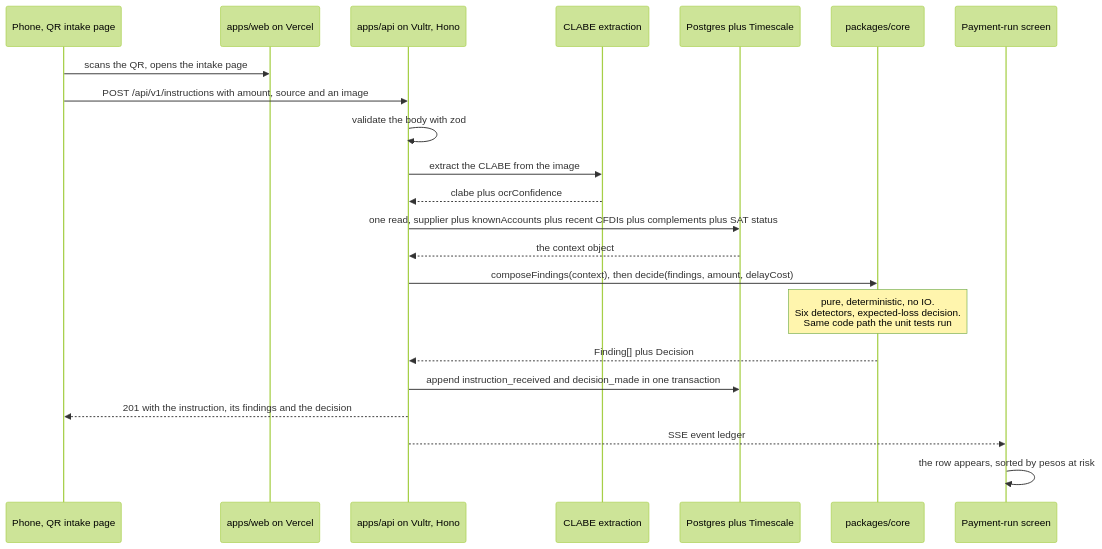
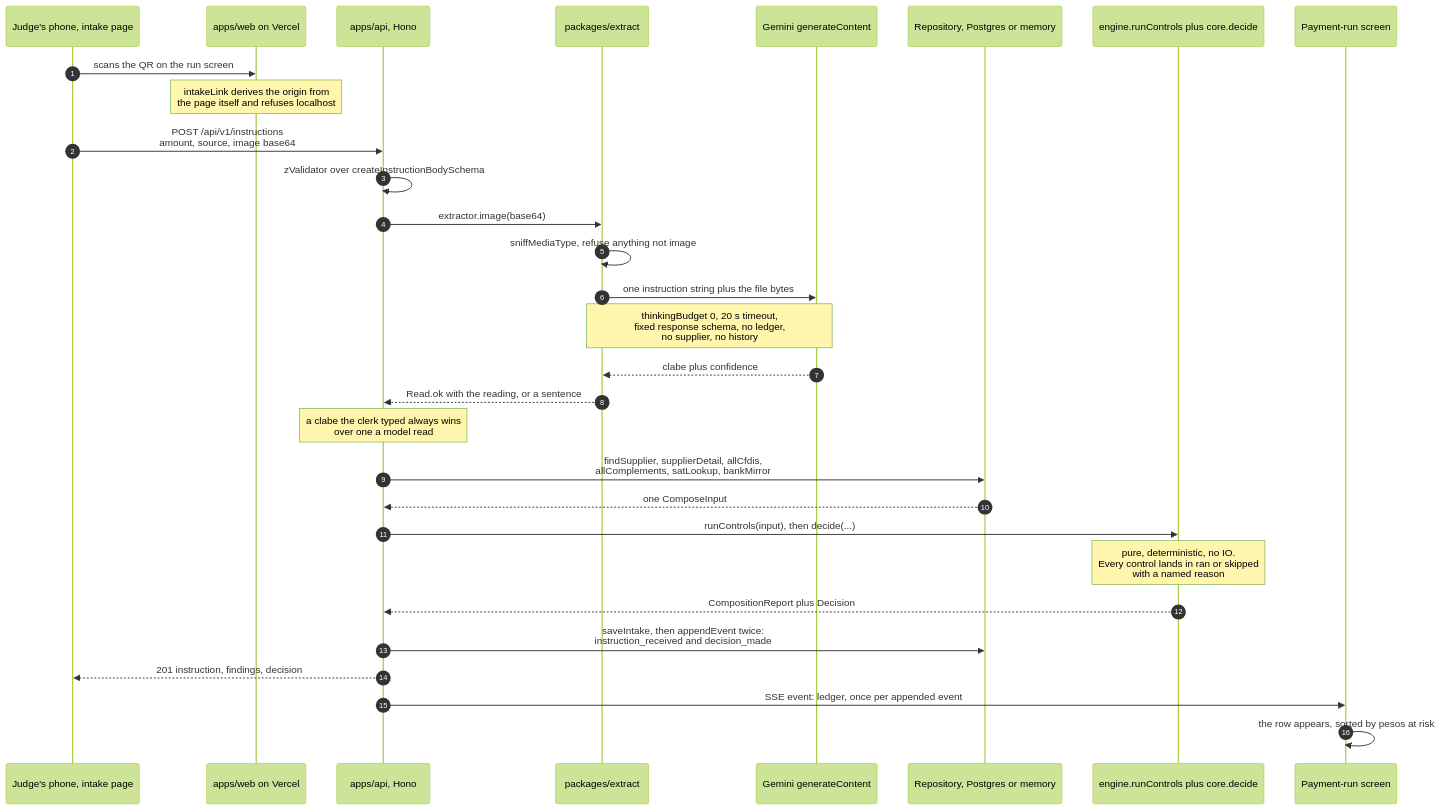
Before and after one commit to garzario/CapitalOneHackMTY: the second of 3 diagrams in docs/07-architecture.md, drawn with Mermaid (forest theme). The commit also changed other lines of this file and 2 other files, not shown here.

First line of the commit message:
docs(architecture): finish 07 and 08 against the merged tree (#64) (#155)

````diff
--- a/docs/07-architecture.md
+++ b/docs/07-architecture.md
@@ -87,24 +120,32 @@
 ```mermaid
 sequenceDiagram
-  participant J as Phone, QR intake page
+  autonumber
+  participant J as Judge's phone, intake page
   participant W as apps/web on Vercel
-  participant A as apps/api on Vultr, Hono
-  participant O as CLABE extraction
-  participant D as Postgres plus Timescale
-  participant K as packages/core
+  participant A as apps/api, Hono
+  participant X as packages/extract
+  participant M as Gemini generateContent
+  participant D as Repository, Postgres or memory
+  participant K as engine.runControls plus core.decide
   participant B as Payment-run screen
-  J->>W: scans the QR, opens the intake page
-  J->>A: POST /api/v1/instructions with amount, source and an image
-  A->>A: validate the body with zod
-  A->>O: extract the CLABE from the image
-  O-->>A: clabe plus ocrConfidence
-  A->>D: one read, supplier plus knownAccounts plus recent CFDIs plus complements plus SAT status
-  D-->>A: the context object
-  A->>K: composeFindings(context), then decide(findings, amount, delayCost)
-  Note over K: pure, deterministic, no IO.<br/>Six detectors, expected-loss decision.<br/>Same code path the unit tests run
-  K-->>A: Finding[] plus Decision
-  A->>D: append instruction_received and decision_made in one transaction
-  A-->>J: 201 with the instruction, its findings and the decision
-  A-->>B: SSE event ledger
+  J->>W: scans the QR on the run screen
+  Note over W: intakeLink derives the origin from<br/>the page itself and refuses localhost
+  J->>A: POST /api/v1/instructions<br/>amount, source, image base64
+  A->>A: zValidator over createInstructionBodySchema
+  A->>X: extractor.image(base64)
+  X->>X: sniffMediaType, refuse anything not image
+  X->>M: one instruction string plus the file bytes
+  Note over X,M: thinkingBudget 0, 20 s timeout,<br/>fixed response schema, no ledger,<br/>no supplier, no history
+  M-->>X: clabe plus confidence
+  X-->>A: Read.ok with the reading, or a sentence
+  Note over A: a clabe the clerk typed always wins<br/>over one a model read
+  A->>D: findSupplier, supplierDetail, allCfdis,<br/>allComplements, satLookup, bankMirror
+  D-->>A: one ComposeInput
+  A->>K: runControls(input), then decide(...)
+  Note over K: pure, deterministic, no IO.<br/>Every control lands in ran or skipped<br/>with a named reason
+  K-->>A: CompositionReport plus Decision
+  A->>D: saveIntake, then appendEvent twice:<br/>instruction_received and decision_made
+  A-->>J: 201 instruction, findings, decision
+  A->>B: SSE event: ledger, once per appended event
   B->>B: the row appears, sorted by pesos at risk
 ```
````
